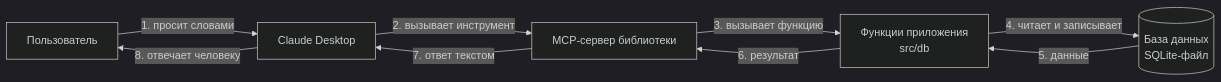
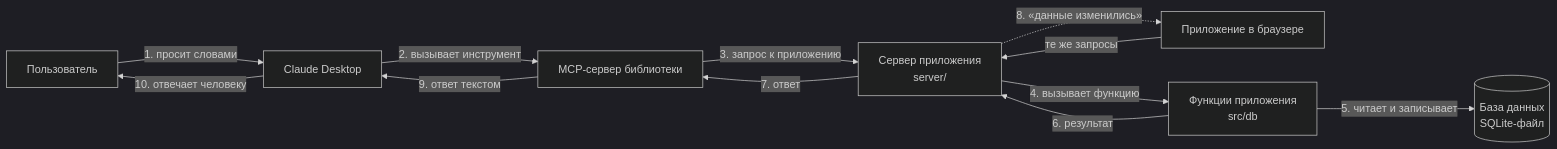
One commit to VasilevaNika/JS_Library changed the diagram in docs/MCP.md. Above: the diagram before and after it, drawn with Mermaid (dark theme). The commit also changed other lines of this file and 4 other files, not shown here.

Commit message:
step 37: проверка Claude → браузер, документация под работу MCP через сервер приложения

````diff
--- a/docs/MCP.md
+++ b/docs/MCP.md
@@ -36,11 +36,14 @@
 ```mermaid
 flowchart LR
     U[Пользователь] -->|1. просит словами| C[Claude Desktop]
     C -->|2. вызывает инструмент| M[MCP-сервер библиотеки]
-    M -->|3. вызывает функцию| F[Функции приложения<br/>src/db]
-    F -->|4. читает и записывает| D[(База данных<br/>SQLite-файл)]
-    D -->|5. данные| F
-    F -->|6. результат| M
-    M -->|7. ответ текстом| C
-    C -->|8. отвечает человеку| U
+    M -->|3. запрос к приложению| S[Сервер приложения<br/>server/]
+    B[Приложение в браузере] -->|те же запросы| S
+    S -->|4. вызывает функцию| F[Функции приложения<br/>src/db]
+    F -->|5. читает и записывает| D[(База данных<br/>SQLite-файл)]
+    F -->|6. результат| S
+    S -->|7. ответ| M
+    S -.->|8. «данные изменились»| B
+    M -->|9. ответ текстом| C
+    C -->|10. отвечает человеку| U
 ```
````
